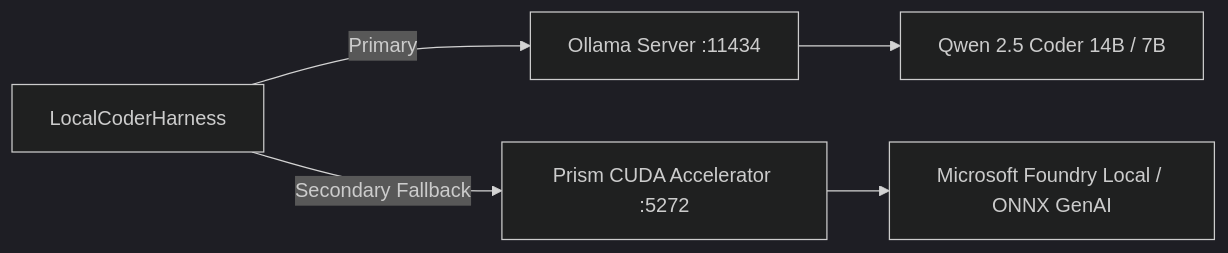
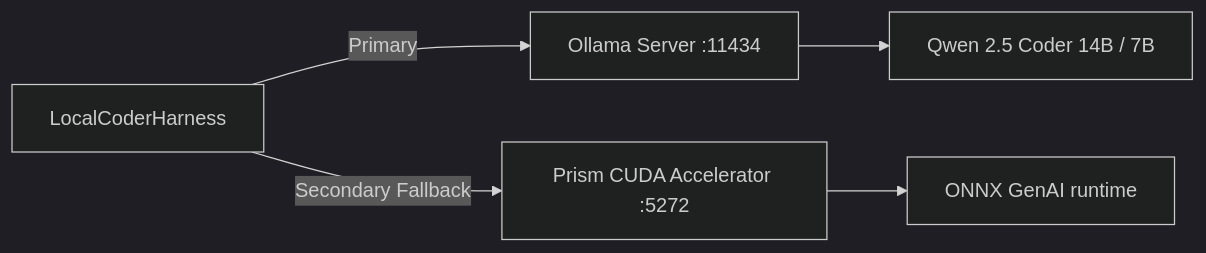
One commit to senssei/local-dark-factory changed the diagram in docs/local-inference.md. Above: the diagram before and after it, drawn with Mermaid (dark theme). The commit also changed other lines of this file and 20 other files, not shown here.

````diff
--- a/docs/local-inference.md
+++ b/docs/local-inference.md
@@ -20,7 +20,7 @@
 ```mermaid
 graph LR
     Harness[LocalCoderHarness] -->|Primary| Ollama[Ollama Server :11434]
     Harness -->|Secondary Fallback| Prism[Prism CUDA Accelerator :5272]
     Ollama --> Qwen[Qwen 2.5 Coder 14B / 7B]
-    Prism --> ONNX[Microsoft Foundry Local / ONNX GenAI]
+    Prism --> ONNX[ONNX GenAI runtime]
 ```
````
